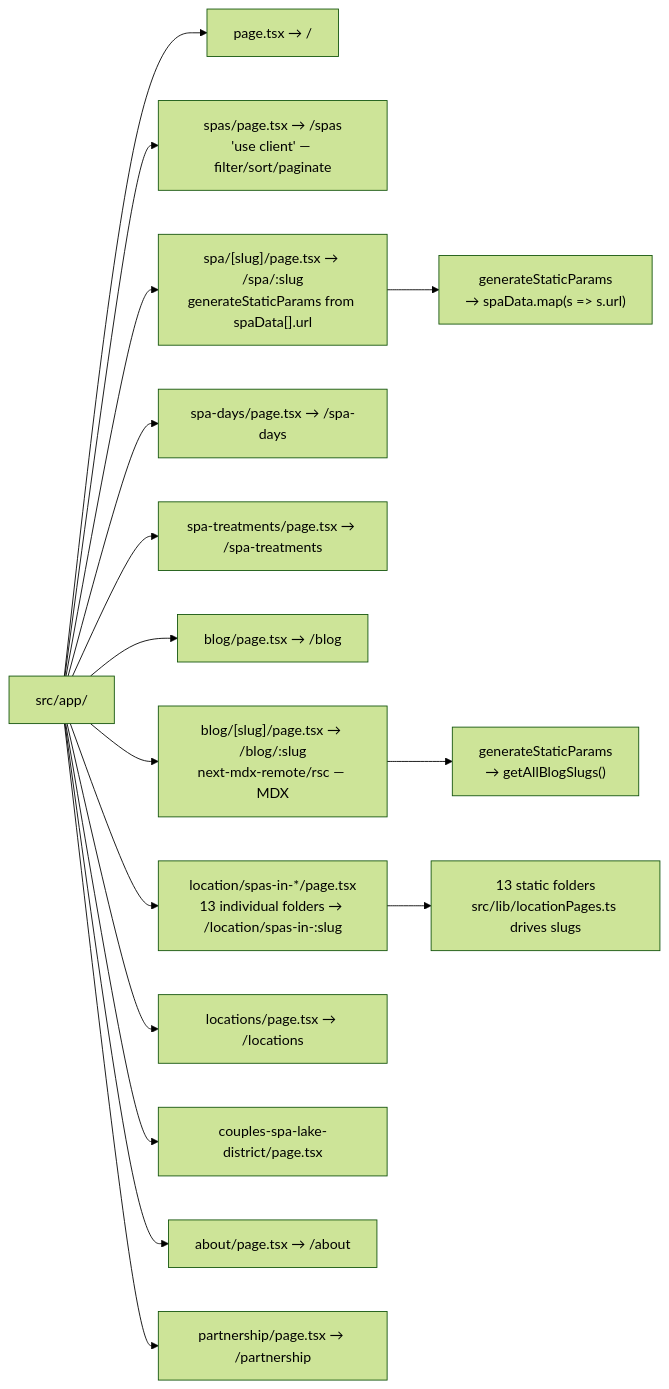
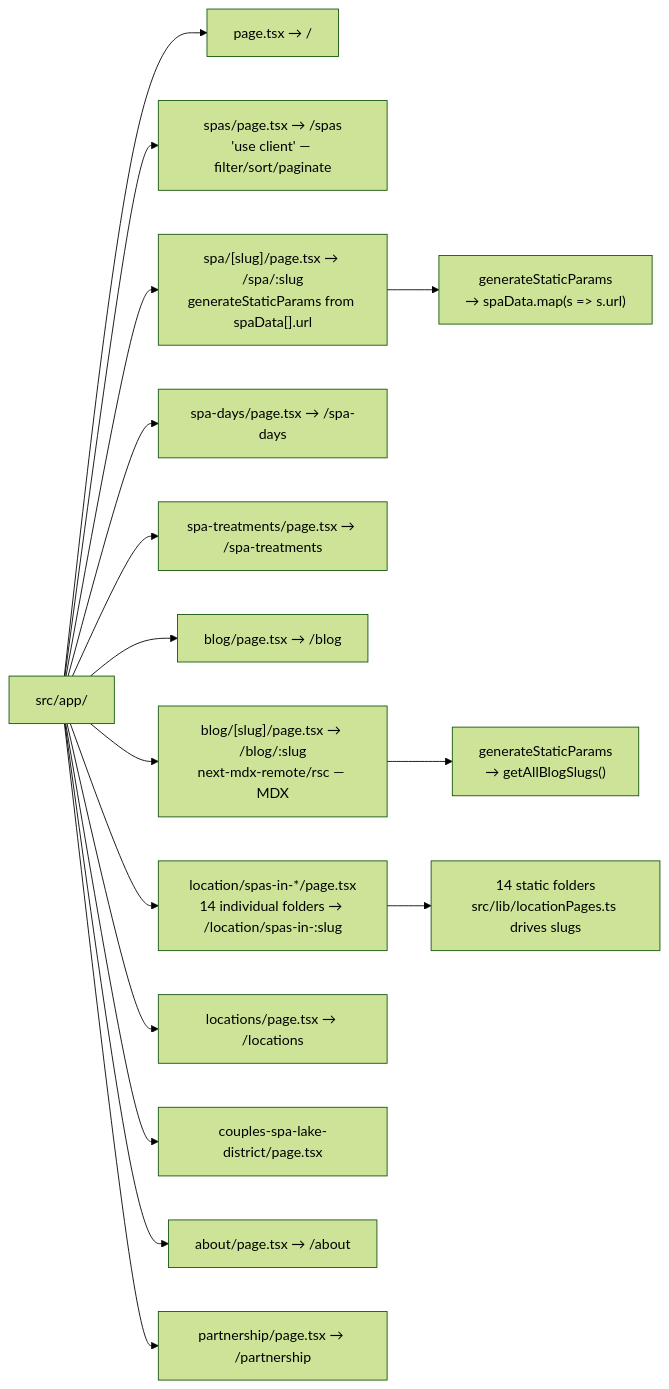
Before and after one commit to MattyGlen123/lake-district-spas: the diagram in .claude/diagrams/02-page-routing.md, drawn with Mermaid (forest theme). The commit also changed 2 other files, not shown here.

Commit message:
chore: update diagrams

````diff
--- a/.claude/diagrams/02-page-routing.md
+++ b/.claude/diagrams/02-page-routing.md
@@ -3,21 +3,21 @@
 ```mermaid
 graph LR
     root["src/app/"]
 
     root --> home["page.tsx → /"]
     root --> spas["spas/page.tsx → /spas\n'use client' — filter/sort/paginate"]
     root --> spa["spa/[slug]/page.tsx → /spa/:slug\ngenerateStaticParams from spaData[].url"]
     root --> spaDays["spa-days/page.tsx → /spa-days"]
     root --> spaTreat["spa-treatments/page.tsx → /spa-treatments"]
     root --> blog["blog/page.tsx → /blog"]
     root --> blogSlug["blog/[slug]/page.tsx → /blog/:slug\nnext-mdx-remote/rsc — MDX"]
-    root --> locationSlug["location/spas-in-*/page.tsx\n13 individual folders → /location/spas-in-:slug"]
+    root --> locationSlug["location/spas-in-*/page.tsx\n14 individual folders → /location/spas-in-:slug"]
     root --> locations["locations/page.tsx → /locations"]
     root --> couples["couples-spa-lake-district/page.tsx"]
     root --> about["about/page.tsx → /about"]
     root --> partnership["partnership/page.tsx → /partnership"]
 
     spa --> staticNote["generateStaticParams\n→ spaData.map(s => s.url)"]
     blogSlug --> blogNote["generateStaticParams\n→ getAllBlogSlugs()"]
-    locationSlug --> locationNote["13 static folders\nsrc/lib/locationPages.ts drives slugs"]
+    locationSlug --> locationNote["14 static folders\nsrc/lib/locationPages.ts drives slugs"]
 ```
````
